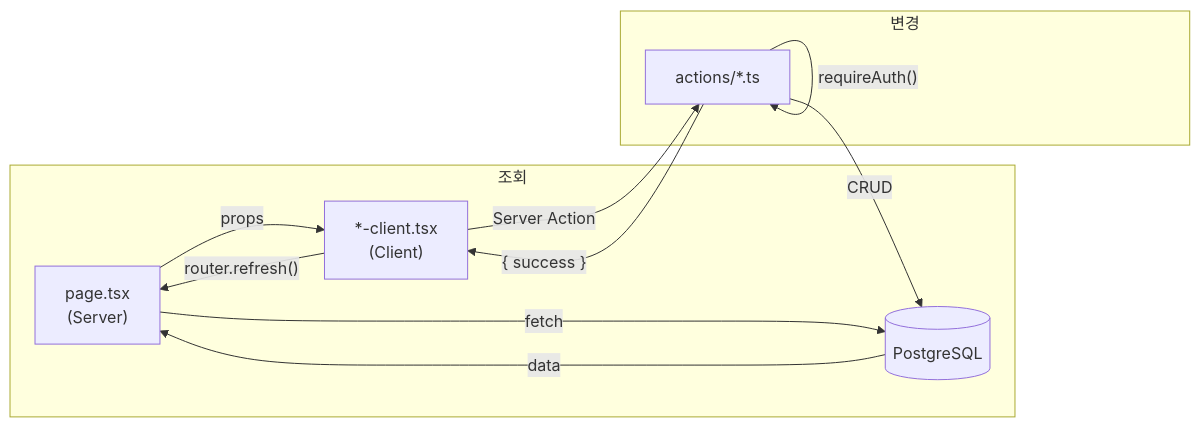
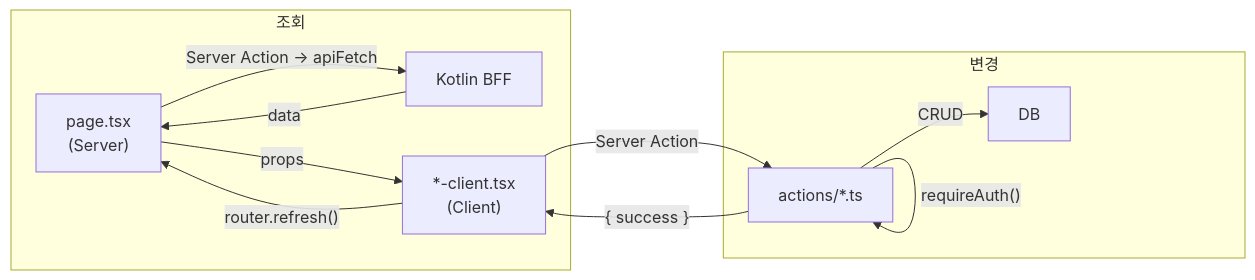
Before and after one commit to flori-ai-kr/web: the fourth of 5 diagrams in docs/ARCHITECTURE.md, drawn with Mermaid. The commit also changed other lines of this file and 601 other files, not shown here.

````diff
--- a/docs/ARCHITECTURE.md
+++ b/docs/ARCHITECTURE.md
@@ -352,17 +342,17 @@
 ```mermaid
 flowchart LR
     subgraph 조회
-        P["page.tsx<br/>(Server)"] -->|fetch| DB[(PostgreSQL)]
-        DB -->|data| P
+        P["page.tsx<br/>(Server)"] -->|"Server Action → apiFetch"| BFF["Kotlin BFF"]
+        BFF -->|data| P
         P -->|props| C["*-client.tsx<br/>(Client)"]
     end
 
     subgraph 변경
         C -->|"Server Action"| A["actions/*.ts"]
         A -->|"Zod 검증"| A
         A -->|"requireAuth()"| A
         A -->|CRUD| DB
         A -->|"{ success }"| C
         C -->|"router.refresh()"| P
     end
 ```
````
